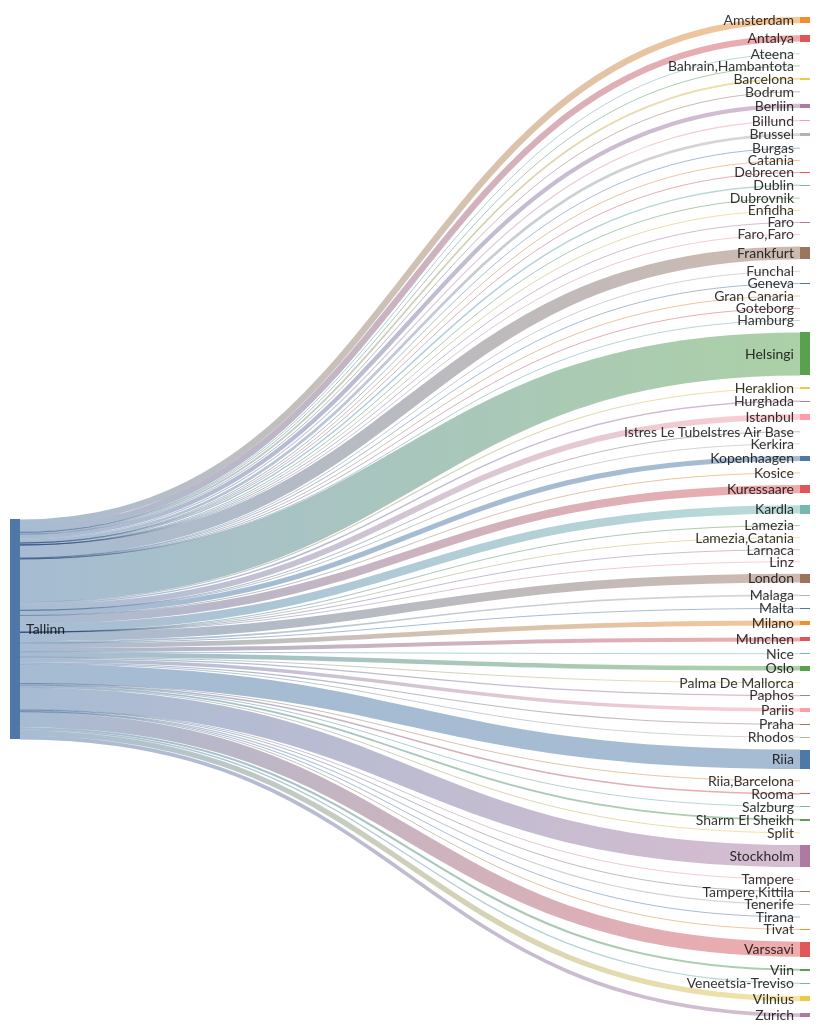
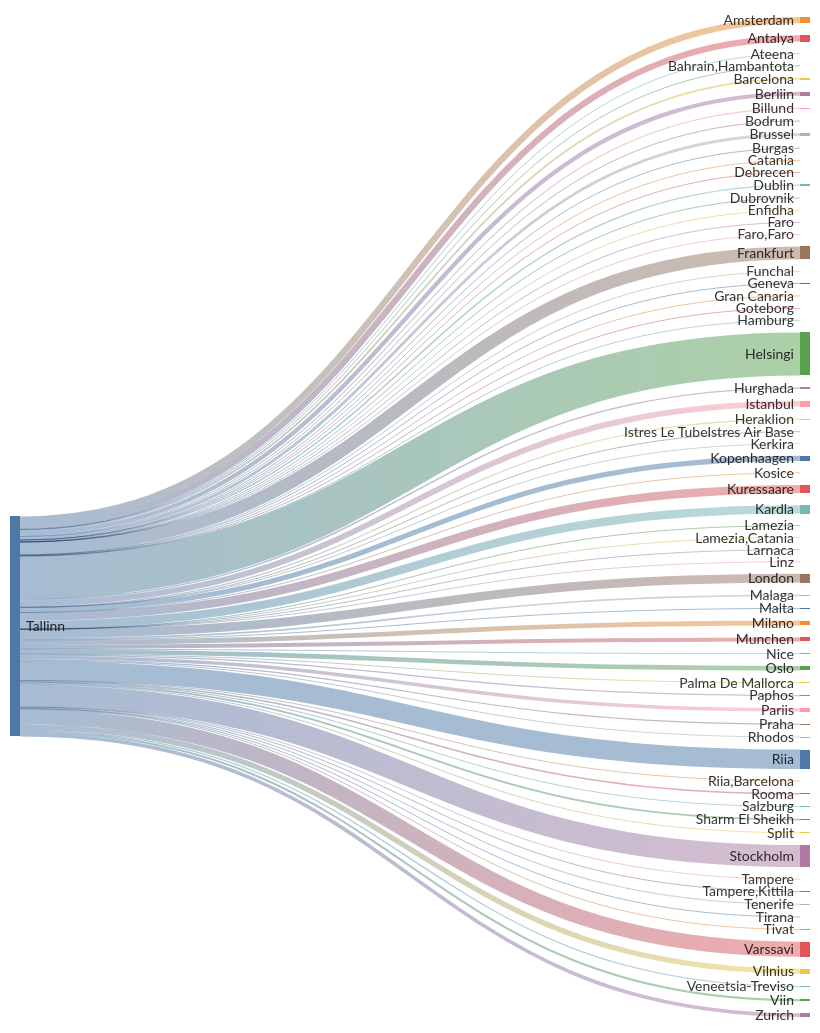
The second of 2 diagrams in README.md (rainermesi/tll-airport-departures), drawn with Mermaid before and after one commit. The commit also changed other lines of this file and 1 other file, not shown here.

````diff
--- a/README.md
+++ b/README.md
@@ -34,79 +34,79 @@
 ```mermaid
 ---
 config:
   sankey:
     showValues: false
     width: 800
     height: 1000
 ---
 sankey-beta
 %% source,target,value
-Tallinn,Amsterdam,335
-Tallinn,Antalya,326
+Tallinn,Amsterdam,337
+Tallinn,Antalya,327
 Tallinn,Ateena,16
 Tallinn,"Bahrain,Hambantota",1
 Tallinn,Barcelona,93
 Tallinn,Berliin,222
 Tallinn,Billund,55
 Tallinn,Bodrum,11
 Tallinn,Brussel,145
 Tallinn,Burgas,27
 Tallinn,Catania,2
 Tallinn,Debrecen,1
-Tallinn,Dublin,73
+Tallinn,Dublin,74
 Tallinn,Dubrovnik,21
 Tallinn,Enfidha,7
 Tallinn,Faro,4
 Tallinn,"Faro,Faro",1
-Tallinn,Frankfurt,668
+Tallinn,Frankfurt,670
 Tallinn,Funchal,5
 Tallinn,Geneva,13
 Tallinn,Gran Canaria,38
 Tallinn,Goteborg,1
 Tallinn,Hamburg,2
-Tallinn,Helsingi,2248
+Tallinn,Helsingi,2258
 Tallinn,Heraklion,58
 Tallinn,Hurghada,75
-Tallinn,Istanbul,301
+Tallinn,Istanbul,302
 Tallinn,Istres Le TubeIstres Air Base,2
 Tallinn,Kerkira,4
-Tallinn,Kopenhaagen,264
+Tallinn,Kopenhaagen,267
 Tallinn,Kosice,1
-Tallinn,Kuressaare,435
-Tallinn,Kardla,435
+Tallinn,Kuressaare,437
+Tallinn,Kardla,437
 Tallinn,Lamezia,1
 Tallinn,"Lamezia,Catania",3
 Tallinn,Larnaca,4
 Tallinn,Linz,2
-Tallinn,London,461
-Tallinn,Malaga,87
+Tallinn,London,463
+Tallinn,Malaga,88
 Tallinn,Malta,18
 Tallinn,Milano,251
-Tallinn,Munchen,209
+Tallinn,Munchen,210
 Tallinn,Nice,31
-Tallinn,Oslo,236
+Tallinn,Oslo,237
 Tallinn,Palma De Mallorca,22
 Tallinn,Paphos,66
-Tallinn,Pariis,183
+Tallinn,Pariis,184
 Tallinn,Praha,58
 Tallinn,Rhodos,38
-Tallinn,Riia,1013
+Tallinn,Riia,1018
 Tallinn,"Riia,Barcelona",1
 Tallinn,Rooma,80
 Tallinn,Salzburg,14
 Tallinn,Sharm El Sheikh,93
 Tallinn,Split,31
-Tallinn,Stockholm,1148
+Tallinn,Stockholm,1153
 Tallinn,Tampere,17
 Tallinn,"Tampere,Kittila",21
 Tallinn,Tenerife,58
 Tallinn,Tirana,11
-Tallinn,Tivat,34
-Tallinn,Varssavi,777
+Tallinn,Tivat,35
+Tallinn,Varssavi,781
 Tallinn,Veneetsia-Treviso,67
 Tallinn,Viin,106
-Tallinn,Vilnius,278
-Tallinn,Zurich,189
+Tallinn,Vilnius,280
+Tallinn,Zurich,190
 
 
 ```
````
